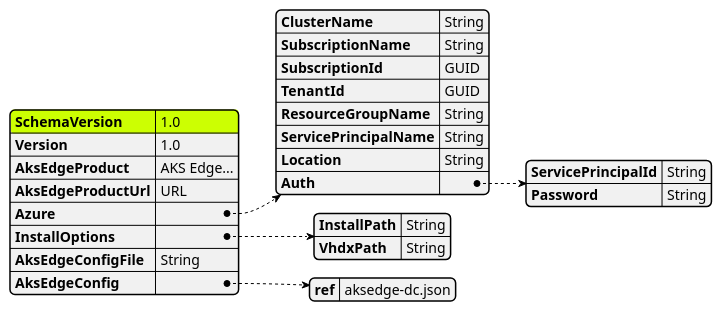
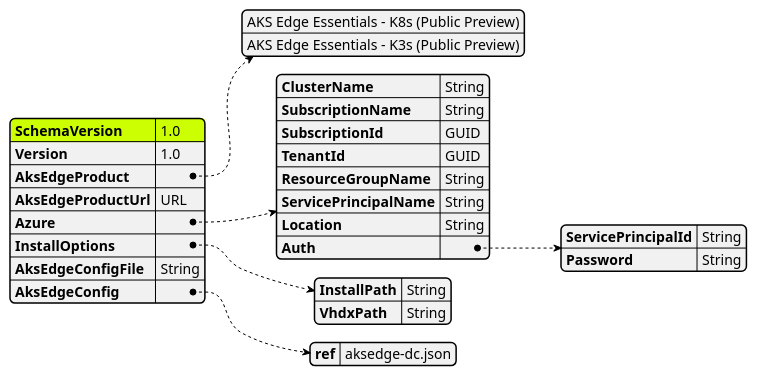
Before and after one commit to Azure/AKS-Edge: the diagram in tools/modules/AksEdgeDeploy/aide-userconfig.puml, drawn with PlantUML. The commit also changed 4 other files, not shown here.

```diff
--- a/tools/modules/AksEdgeDeploy/aide-userconfig.puml
+++ b/tools/modules/AksEdgeDeploy/aide-userconfig.puml
@@ -1,56 +1,59 @@
 @startjson AksEdgeDeploy
 <style>
 jsonDiagram {
     node {
         FontName Segoe UI SemiBold
         FontColor blue
         FontSize 14
         RoundCorner 10
         LineThickness 1
         separator {
             LineThickness 0.25
             LineColor black
         }
     }
     arrow {
         LineColor blue
         LineThickness 1
         LineStyle 2;5
     }
     highlight {
         BackgroundColor Blue
         FontColor White
     }
 }
 </style>
 #highlight "SchemaVersion"
 {
     "SchemaVersion":"1.0",
     "Version":"1.0",
-    "AksEdgeProduct" : "AKS Edge...",
+    "AksEdgeProduct" : [
+                "AKS Edge Essentials - K8s (Public Preview)",
+                "AKS Edge Essentials - K3s (Public Preview)"
+            ],
     "AksEdgeProductUrl" : "URL",
     "Azure":{
         "ClusterName":"String",
         "SubscriptionName":"String",
         "SubscriptionId": "GUID",
         "TenantId":"GUID",
         "ResourceGroupName": "String",
         "ServicePrincipalName" : "String",
         "Location" : "String",
         "Auth": {
             "ServicePrincipalId" : "String",
             "Password" : "String"
         }
     }
     ,
     "InstallOptions":{
         "InstallPath":"String",
         "VhdxPath":"String"
     }
     ,
     "AksEdgeConfigFile":"String",
     "AksEdgeConfig":{
         "ref" :"aksedge-dc.json"
     }
 }
 @endjson
```
